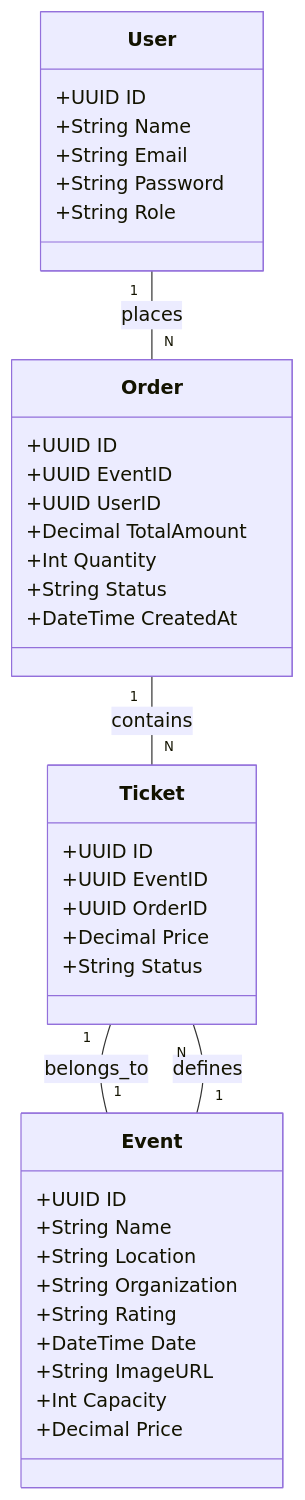
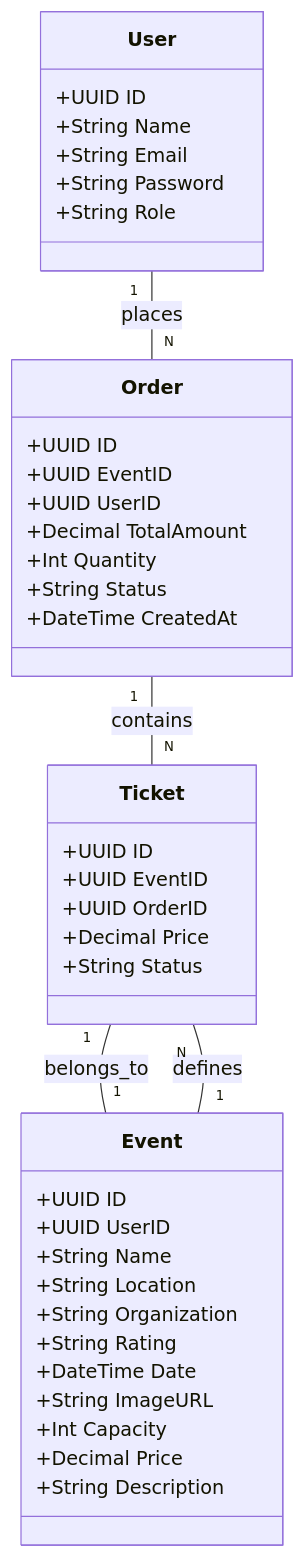
One commit to crislerwin/go-clean-api changed the first of 2 diagrams in README.md. Above: the diagram before and after it, drawn with Mermaid. The commit also changed other lines of this file and 1 other file, not shown here.

````diff
--- a/README.md
+++ b/README.md
@@ -75,45 +83,47 @@
 ```mermaid
 classDiagram
     class User {
         +UUID ID
         +String Name
         +String Email
         +String Password
         +String Role
     }
 
     class Event {
         +UUID ID
+        +UUID UserID
         +String Name
         +String Location
         +String Organization
         +String Rating
         +DateTime Date
         +String ImageURL
         +Int Capacity
         +Decimal Price
+        +String Description
     }
 
     class Order {
         +UUID ID
         +UUID EventID
         +UUID UserID
         +Decimal TotalAmount
         +Int Quantity
         +String Status
         +DateTime CreatedAt
     }
 
     class Ticket {
         +UUID ID
         +UUID EventID
         +UUID OrderID
         +Decimal Price
         +String Status
     }
 
     User "1" -- "N" Order : places
     Event "1" -- "N" Ticket : defines
     Order "1" -- "N" Ticket : contains
     Ticket "1" -- "1" Event : belongs_to
 ```
````
